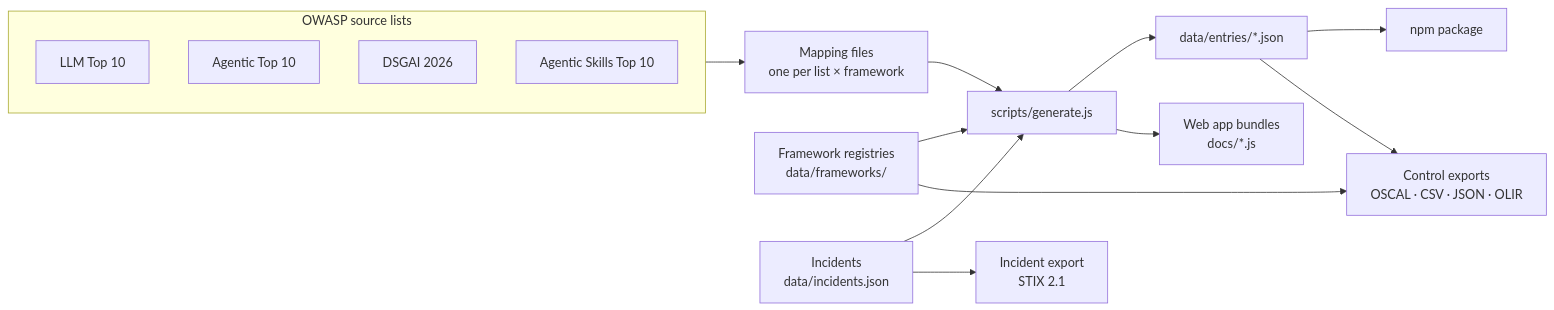
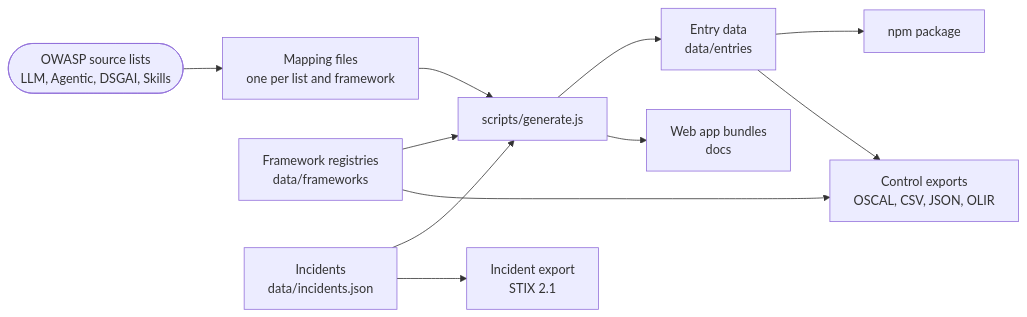
One commit to GenAI-Security-Project/crosswalk changed the diagram in README.md. Above: the diagram before and after it, drawn with Mermaid. The commit also changed other lines of this file, not shown here.

Commit message:
README: simplify the diagram so GitHub renders it; keep markers off line starts

````diff
--- a/README.md
+++ b/README.md
@@ -150,19 +150,13 @@
 ```mermaid
 flowchart LR
-    subgraph sources["OWASP source lists"]
-        llm["LLM Top 10"]
-        asi["Agentic Top 10"]
-        dsgai["DSGAI 2026"]
-        ast["Agentic Skills Top 10"]
-    end
-    sources --> md["Mapping files<br/>one per list × framework"]
-    md --> gen["scripts/generate.js"]
-    reg["Framework registries<br/>data/frameworks/"] --> gen
-    inc["Incidents<br/>data/incidents.json"] --> gen
-    gen --> entries["data/entries/*.json"]
-    gen --> web["Web app bundles<br/>docs/*.js"]
-    entries --> npm["npm package"]
-    entries --> exp["Control exports<br/>OSCAL · CSV · JSON · OLIR"]
-    reg --> exp
-    inc --> stix["Incident export<br/>STIX 2.1"]
+    S([OWASP source lists<br/>LLM, Agentic, DSGAI, Skills]) --> M[Mapping files<br/>one per list and framework]
+    M --> G[scripts/generate.js]
+    R[Framework registries<br/>data/frameworks] --> G
+    I[Incidents<br/>data/incidents.json] --> G
+    G --> E[Entry data<br/>data/entries]
+    G --> W[Web app bundles<br/>docs]
+    E --> N[npm package]
+    E --> X[Control exports<br/>OSCAL, CSV, JSON, OLIR]
+    R --> X
+    I --> T[Incident export<br/>STIX 2.1]
 ```
````
